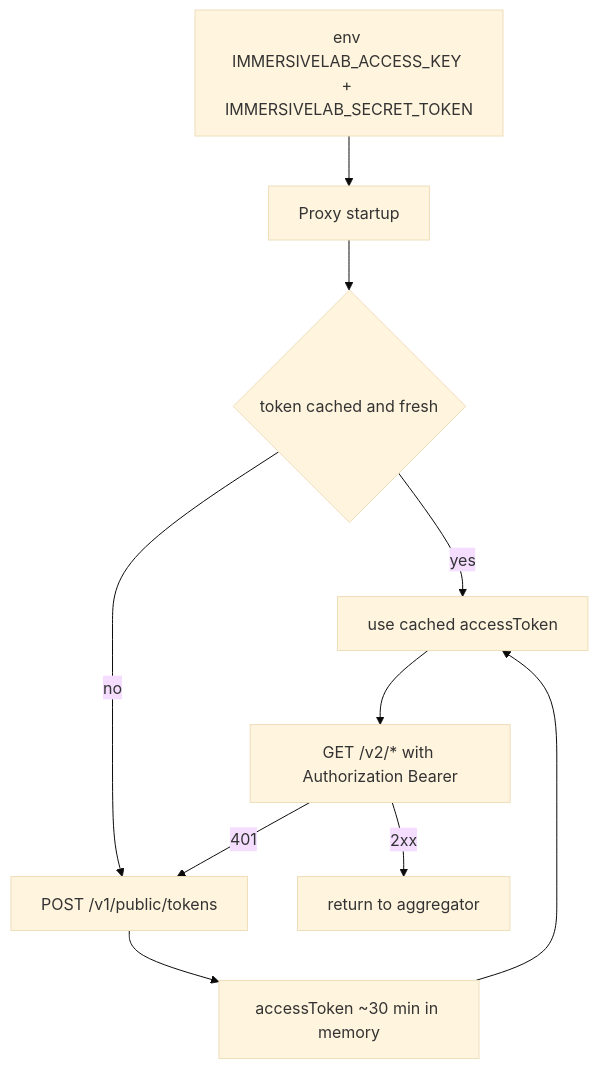
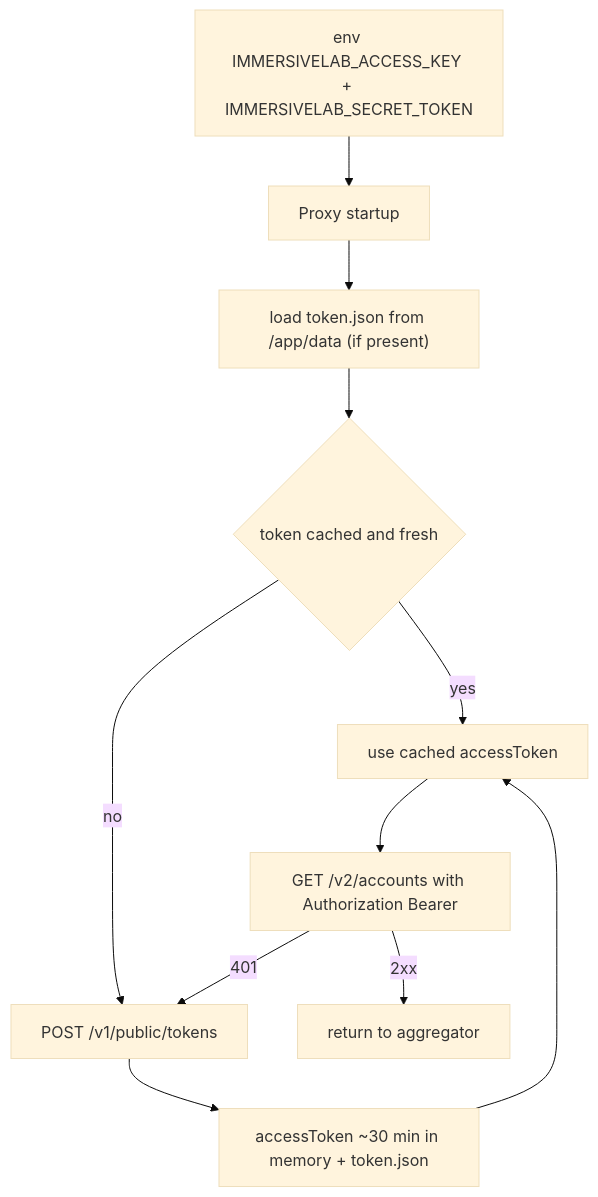
The third of 3 diagrams in docs/data-flow.md (Arylmera/TheGreenGauntlet), drawn with Mermaid (base theme) before and after one commit. The commit also changed other lines of this file and 15 other files, not shown here.

First line of the commit message:
docs: scope dashboard for 30-team 8h event with fresh IL accounts

````diff
--- a/docs/data-flow.md
+++ b/docs/data-flow.md
@@ -80,12 +74,13 @@
 ```mermaid
 flowchart TD
     ENV["env IMMERSIVELAB_ACCESS_KEY + IMMERSIVELAB_SECRET_TOKEN"] --> PX[Proxy startup]
-    PX --> CHK{token cached and fresh}
+    PX --> LOAD["load token.json from /app/data (if present)"]
+    LOAD --> CHK{token cached and fresh}
     CHK -->|yes| USE["use cached accessToken"]
     CHK -->|no| EX["POST /v1/public/tokens"]
-    EX --> TK["accessToken ~30 min in memory"]
+    EX --> TK["accessToken ~30 min in memory + token.json"]
     TK --> USE
-    USE --> CALL["GET /v2/* with Authorization Bearer"]
+    USE --> CALL["GET /v2/accounts with Authorization Bearer"]
     CALL -->|"401"| EX
     CALL -->|"2xx"| OUT["return to aggregator"]
 ```
````
